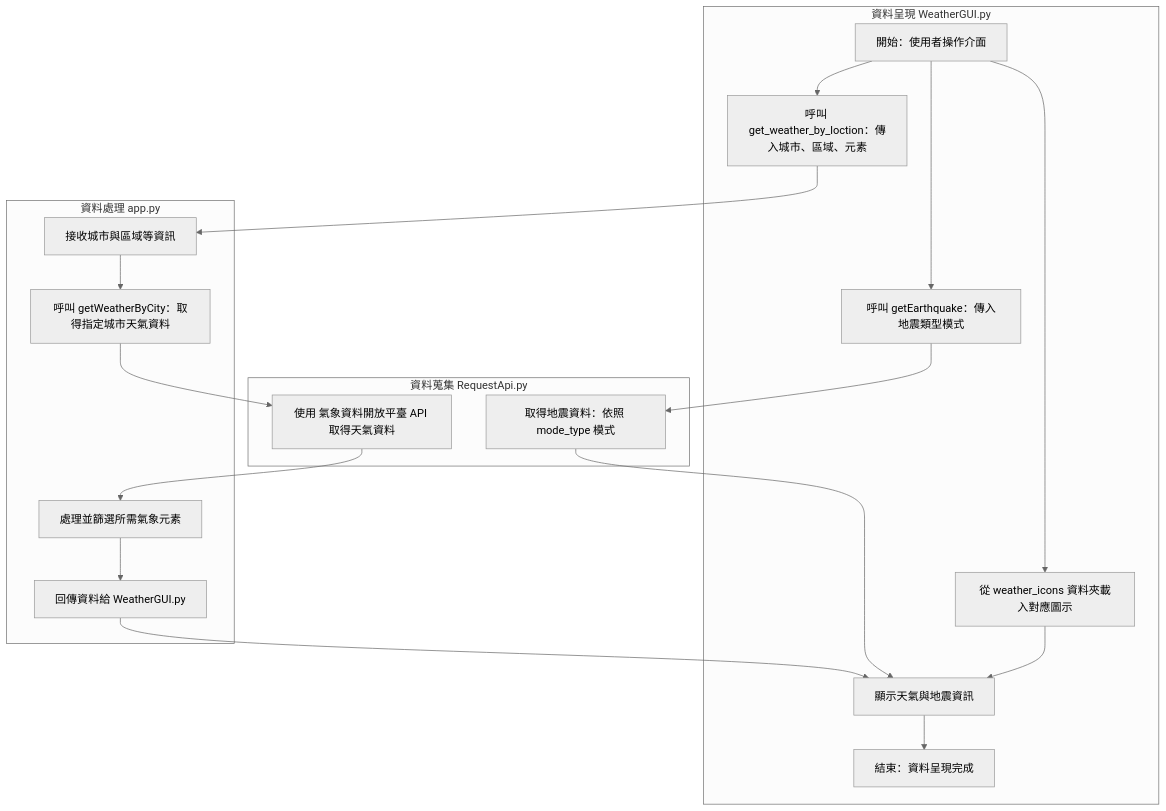
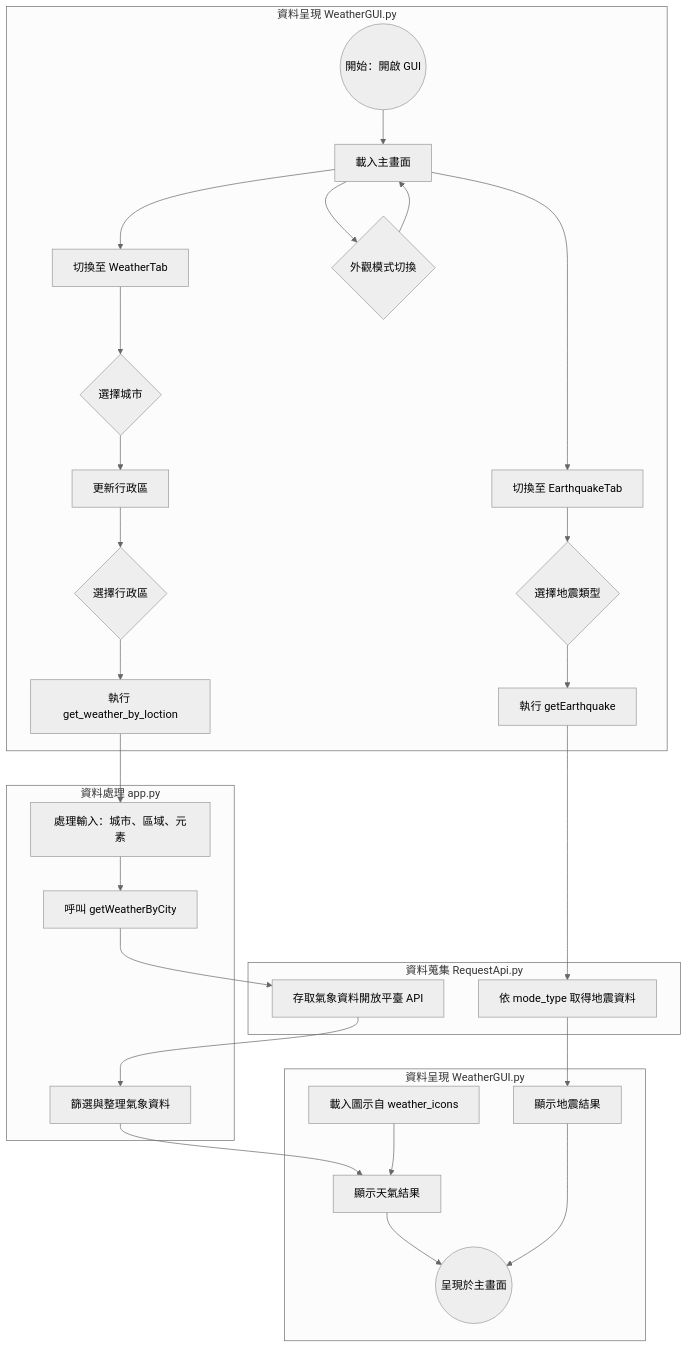
The first of 2 diagrams in README.md (The-Hermit-IndieGames/NOU_Python_113-2_Meteorological), drawn with Mermaid (neutral theme) before and after one commit. The commit also changed other lines of this file, not shown here.

Commit message:
Mermaid 3

````diff
--- a/README.md
+++ b/README.md
@@ -4,41 +5,50 @@
  ```mermaid
 flowchart TD
-    %% 資料呈現模組
+    %% 起點
+    A((開始：開啟 GUI))
+
+    %% GUI 模組
     subgraph 資料呈現 WeatherGUI.py
-        A[開始：使用者操作介面]
-        B[呼叫 get_weather_by_loction：傳入城市、區域、元素]
-        C[呼叫 getEarthquake：傳入地震類型模式]
-        D[從 weather_icons 資料夾載入對應圖示]
-        E[顯示天氣與地震資訊]
-        F[結束：資料呈現完成]
+        A --> B[載入主畫面]
+        B --> C[切換至 WeatherTab]
+        B --> D[切換至 EarthquakeTab]
+        B --> Z{外觀模式切換}
+        Z --> B
+        
+        %% 天氣流程
+        C --> E{選擇城市}
+        E --> F[更新行政區]
+        F --> G{選擇行政區}
+        G --> H[執行 get_weather_by_loction]
+
+        %% 地震流程
+        D --> I{選擇地震類型}
+        I --> J[執行 getEarthquake]
     end
 
     %% 資料處理模組
     subgraph 資料處理 app.py
-        G[接收城市與區域等資訊]
-        H[呼叫 getWeatherByCity：取得指定城市天氣資料]
-        I[處理並篩選所需氣象元素]
-        J[回傳資料給 WeatherGUI.py]
+        H --> K[處理輸入：城市、區域、元素]
+        K --> L[呼叫 getWeatherByCity]
+        M[篩選與整理氣象資料]
     end
 
     %% 資料蒐集模組
     subgraph 資料蒐集 RequestApi.py
-        K[使用 氣象資料開放平臺 API 取得天氣資料]
-        M[取得地震資料：依照 mode_type 模式]
+        L --> N[存取氣象資料開放平臺 API]
+        J --> O[依 mode_type 取得地震資料]
+        N --> M
     end
 
-    %% 流程連線
-    A --> B
-    A --> C
-    A --> D
-    B --> G
-    G --> H
-    H --> K
-    K --> I
-    I --> J
-    J --> E
-    C --> M
-    M --> E
-    D --> E
-    E --> F
+    %% 顯示階段與結尾
+    subgraph 資料呈現 WeatherGUI.py
+    M --> P[顯示天氣結果]
+        Q[載入圖示自 weather_icons] --> P
+
+        O --> R[顯示地震結果]
+
+        P --> S((呈現於主畫面))
+        R --> S
+    end
+
 ```
````
